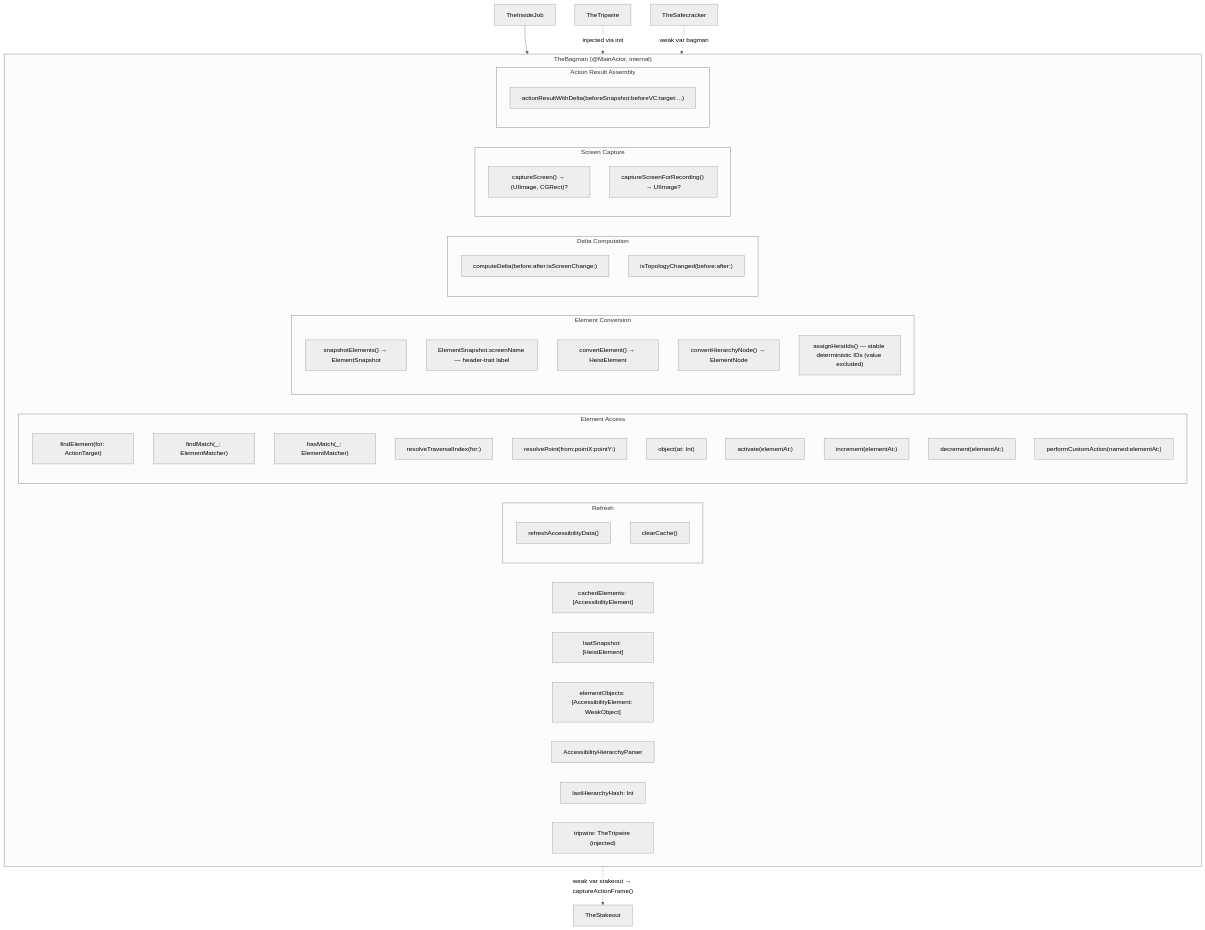
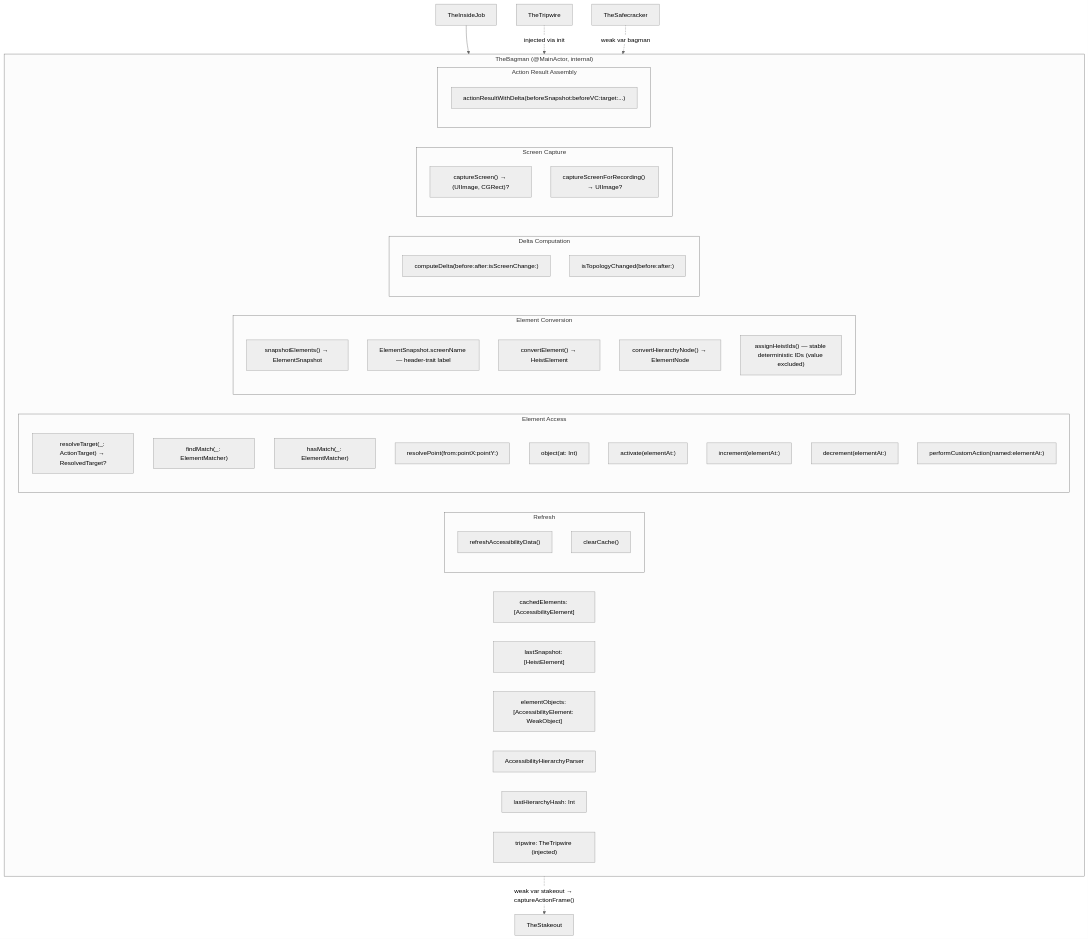
One commit to RoyalPineapple/TheButtonHeist changed the first of 4 diagrams in docs/dossiers/13-THEBAGMAN.md. Above: the diagram before and after it, drawn with Mermaid (neutral theme). The commit also changed other lines of this file and 26 other files, not shown here.

````diff
--- a/docs/dossiers/13-THEBAGMAN.md
+++ b/docs/dossiers/13-THEBAGMAN.md
@@ -25,56 +25,55 @@
 ```mermaid
 graph TD
     subgraph TheBagman["TheBagman (@MainActor, internal)"]
         Cache["cachedElements: [AccessibilityElement]"]
         LastSnap["lastSnapshot: [HeistElement]"]
         WeakRefs["elementObjects: [AccessibilityElement: WeakObject]"]
         Parser["AccessibilityHierarchyParser"]
         Hash["lastHierarchyHash: Int"]
         Tripwire["tripwire: TheTripwire (injected)"]
 
         subgraph Refresh["Refresh"]
             RefreshData["refreshAccessibilityData()"]
             ClearCache["clearCache()"]
         end
 
         subgraph ElementAccess["Element Access"]
-            FindElement["findElement(for: ActionTarget)"]
+            ResolveTarget["resolveTarget(_: ActionTarget) → ResolvedTarget?"]
             FindMatch["findMatch(_: ElementMatcher)"]
             HasMatch["hasMatch(_: ElementMatcher)"]
-            ResolveIndex["resolveTraversalIndex(for:)"]
             ResolvePoint["resolvePoint(from:pointX:pointY:)"]
             ObjectAt["object(at: Int)"]
             Activate["activate(elementAt:)"]
             Increment["increment(elementAt:)"]
             Decrement["decrement(elementAt:)"]
             CustomAction["performCustomAction(named:elementAt:)"]
         end
 
         subgraph Conversion["Element Conversion"]
             Snapshot["snapshotElements() → ElementSnapshot"]
             ScreenName["ElementSnapshot.screenName — header-trait label"]
             Convert["convertElement() → HeistElement"]
             ConvertTree["convertHierarchyNode() → ElementNode"]
             AssignIds["assignHeistIds() — stable deterministic IDs (value excluded)"]
         end
 
         subgraph Delta["Delta Computation"]
             ComputeDelta["computeDelta(before:after:isScreenChange:)"]
             TopoChanged["isTopologyChanged(before:after:)"]
         end
 
         subgraph Screen["Screen Capture"]
             CaptureScreen["captureScreen() → (UIImage, CGRect)?"]
             CaptureRecording["captureScreenForRecording() → UIImage?"]
         end
 
         subgraph ActionResult["Action Result Assembly"]
             ResultDelta["actionResultWithDelta(beforeSnapshot:beforeVC:target:...)"]
         end
     end
 
     TheInsideJob["TheInsideJob"] --> TheBagman
     TheTripwire["TheTripwire"] -.->|injected via init| TheBagman
     TheSafecracker["TheSafecracker"] -.->|weak var bagman| TheBagman
     TheBagman -.->|"weak var stakeout → captureActionFrame()"| TheStakeout["TheStakeout"]
 ```
````
